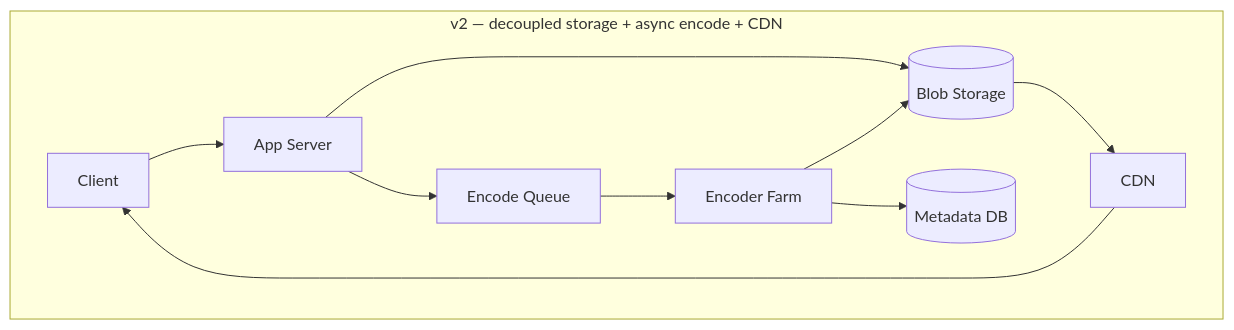
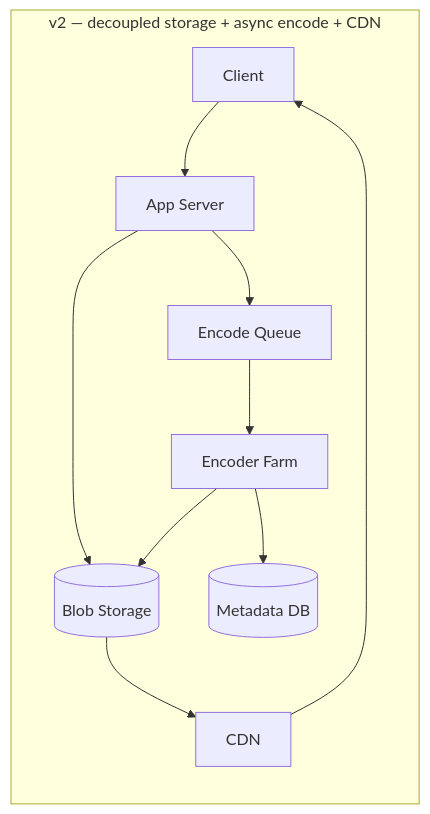
The fourth of 24 diagrams in system-design/HLD/0-course/26-Design YouTube-FAANG-Guide.md (riyaz-pasha/Learnings), drawn with Mermaid before and after one commit. The commit also changed other lines of this file and 1 other file, not shown here.

Commit message:
docs: simplify language and clean up mermaid diagrams in YouTube design guide

````diff
--- a/system-design/HLD/0-course/26-Design YouTube-FAANG-Guide.md
+++ b/system-design/HLD/0-course/26-Design YouTube-FAANG-Guide.md
@@ -223,14 +272,13 @@
 ```mermaid
-flowchart TD
+flowchart LR
     subgraph V2["v2 — decoupled storage + async encode + CDN"]
-        direction LR
-        C2[Client] --> AS2[App Server]
+        C2["Client"] --> AS2["App Server"]
         AS2 --> BLOB2[("Blob Storage")]
-        AS2 --> Q2[Encode Queue]
-        Q2 --> ENC2[Encoder Farm]
+        AS2 --> Q2["Encode Queue"]
+        Q2 --> ENC2["Encoder Farm"]
         ENC2 --> BLOB2
         ENC2 --> DB2[("Metadata DB")]
-        BLOB2 --> CDN2[CDN]
+        BLOB2 --> CDN2["CDN"]
         CDN2 --> C2
     end
 ```
````
